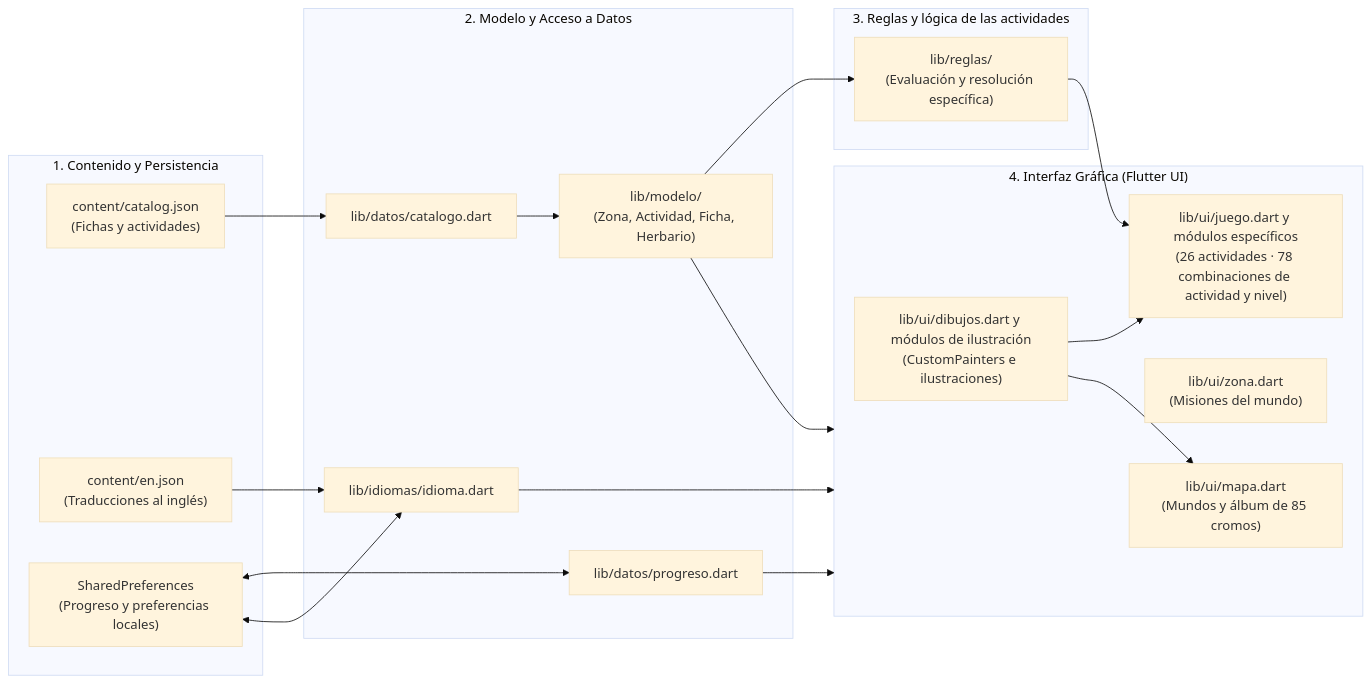
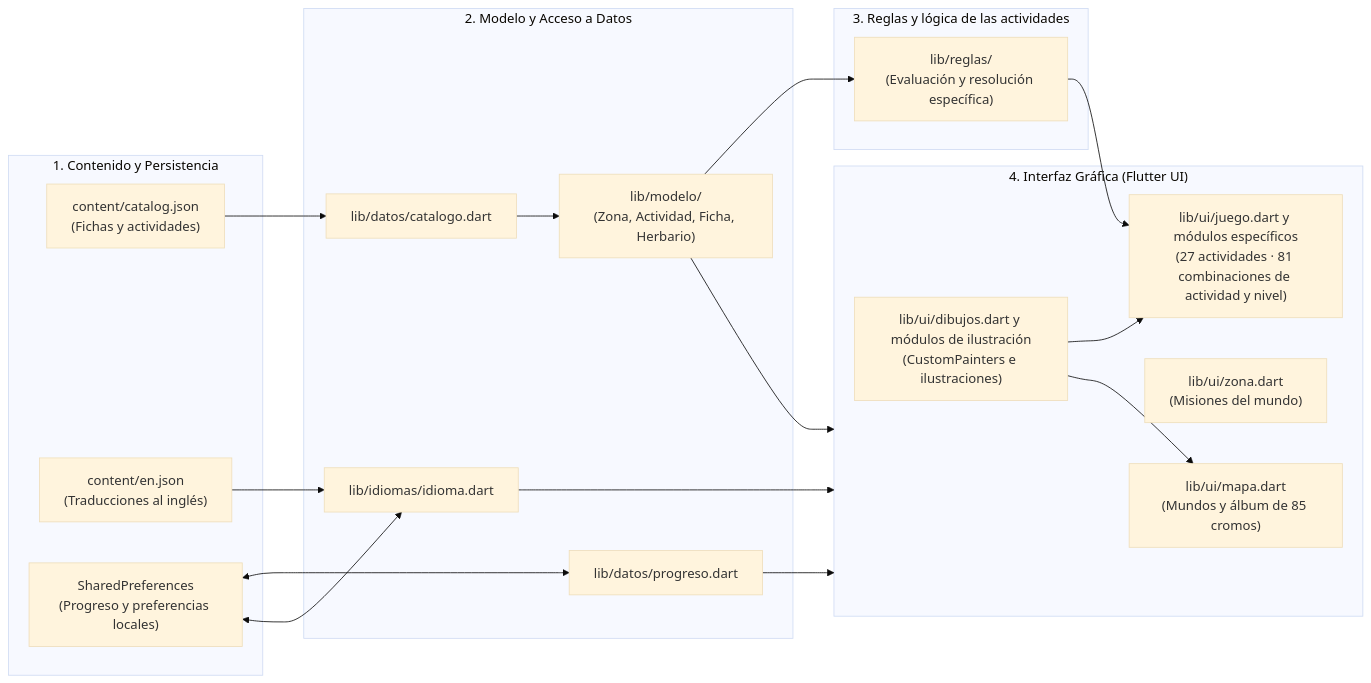
The first of 2 diagrams in README.md (imoroc/NaturalMente), drawn with Mermaid (base theme) before and after one commit. The commit also changed other lines of this file and 27 other files, not shown here.

````diff
--- a/README.md
+++ b/README.md
@@ -73,39 +73,39 @@
 ```mermaid
 flowchart LR
   subgraph Datos["1. Contenido y Persistencia"]
     JSON["content/catalog.json\n(Fichas y actividades)"]
     EN["content/en.json\n(Traducciones al inglés)"]
     PREFS["SharedPreferences\n(Progreso y preferencias locales)"]
   end
 
   subgraph Dominio["2. Modelo y Acceso a Datos"]
     CAT["lib/datos/catalogo.dart"]
     PROG["lib/datos/progreso.dart"]
     IDIOMA["lib/idiomas/idioma.dart"]
     MOD["lib/modelo/\n(Zona, Actividad, Ficha, Herbario)"]
   end
 
   subgraph Reglas["3. Reglas y lógica de las actividades"]
     RES["lib/reglas/\n(Evaluación y resolución específica)"]
   end
 
   subgraph Interfaz["4. Interfaz Gráfica (Flutter UI)"]
     MAPA["lib/ui/mapa.dart\n(Mundos y álbum de 85 cromos)"]
     ZONA["lib/ui/zona.dart\n(Misiones del mundo)"]
-    JUEGO["lib/ui/juego.dart y módulos específicos\n(26 actividades · 78 combinaciones de actividad y nivel)"]
+    JUEGO["lib/ui/juego.dart y módulos específicos\n(27 actividades · 81 combinaciones de actividad y nivel)"]
     DIB["lib/ui/dibujos.dart y módulos de ilustración\n(CustomPainters e ilustraciones)"]
   end
 
   JSON --> CAT
   EN --> IDIOMA
   PREFS <--> PROG
   PREFS <--> IDIOMA
   CAT --> MOD
   MOD --> RES
   MOD --> Interfaz
   PROG --> Interfaz
   IDIOMA --> Interfaz
   RES --> JUEGO
   DIB --> JUEGO
   DIB --> MAPA
 ```
````
